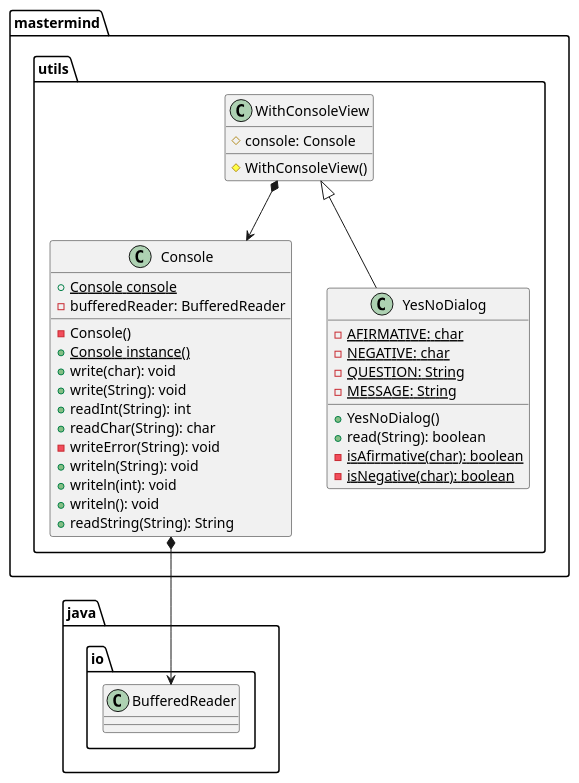
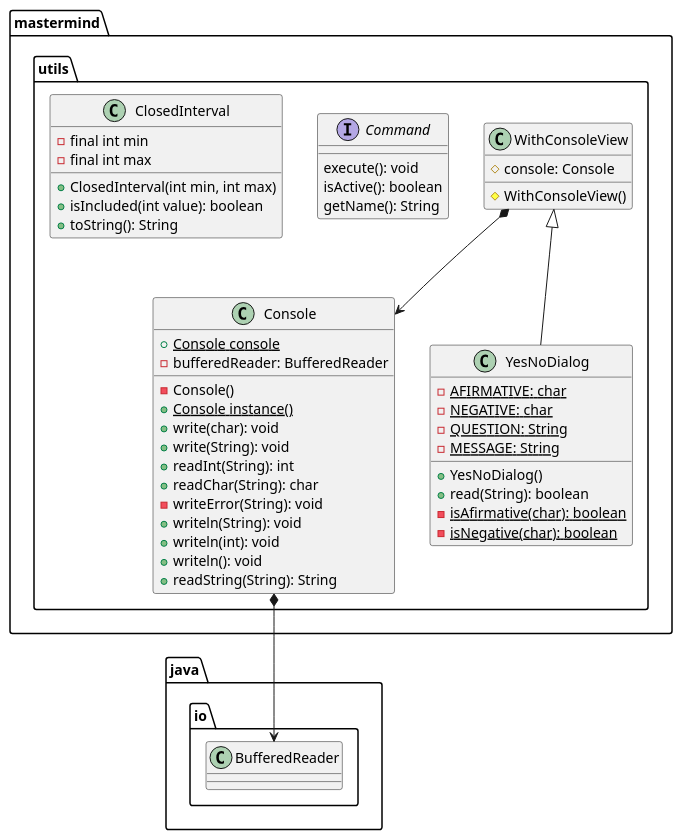
Before and after one commit to TheMercuryBeat/MasterMind: the diagram in docs/uml/PackageMasterMindUtils.puml, drawn with PlantUML. The commit also changed 7 other files, not shown here.

Commit message:
[uml] Update uml diagrams

```diff
--- a/docs/uml/PackageMasterMindUtils.puml
+++ b/docs/uml/PackageMasterMindUtils.puml
@@ -1,38 +1,52 @@
 @startuml
 
 class  mastermind.utils.Console{
     + {static} Console console
     - bufferedReader: BufferedReader
     - Console()
     + {static} Console instance()
     + write(char): void
     + write(String): void
     + readInt(String): int
     + readChar(String): char
     - writeError(String): void
     + writeln(String): void
     + writeln(int): void
     + writeln(): void
     + readString(String): String
 }
 mastermind.utils.Console *-down-> java.io.BufferedReader
 
 class  mastermind.utils.WithConsoleView{
     # console: Console
     # WithConsoleView()
 }
 mastermind.utils.WithConsoleView *-down-> mastermind.utils.Console
 
 class  mastermind.utils.YesNoDialog{
     - {static} AFIRMATIVE: char
     - {static} NEGATIVE: char
     - {static} QUESTION: String
     - {static} MESSAGE: String
     + YesNoDialog()
     + read(String): boolean
     - {static} isAfirmative(char): boolean
     - {static} isNegative(char): boolean
     }
 mastermind.utils.WithConsoleView <|-down- mastermind.utils.YesNoDialog
 
+interface mastermind.utils.Command {
+    execute(): void
+    isActive(): boolean
+    getName(): String
+}
+
+class mastermind.utils.ClosedInterval {
+    - final int min
+    - final int max
+    + ClosedInterval(int min, int max)
+    + isIncluded(int value): boolean
+    + toString(): String
+}
+
 @enduml
```
